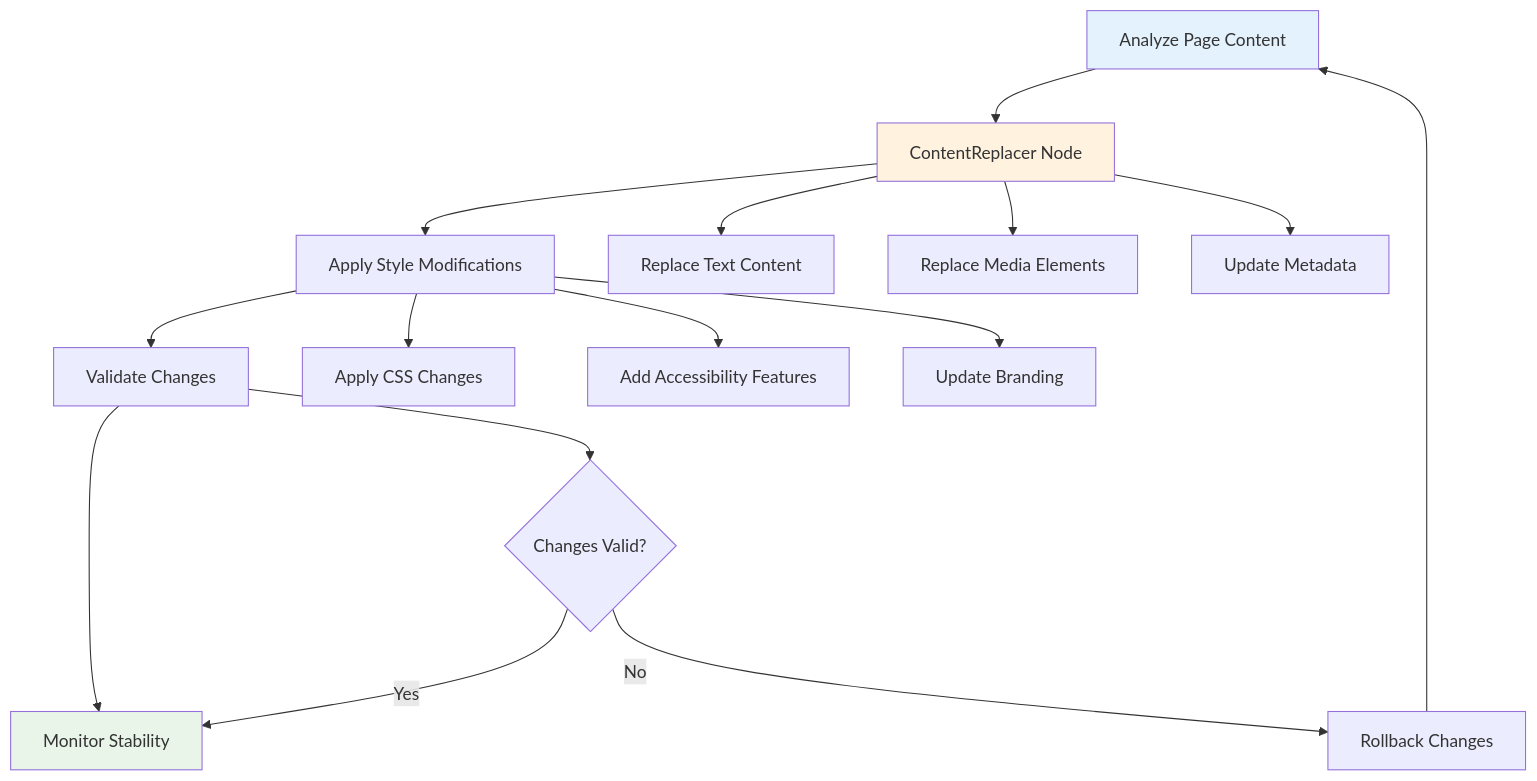
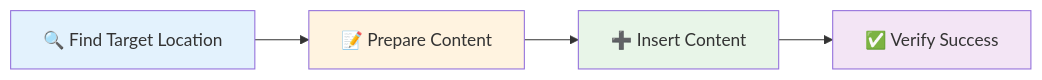
One commit to agentic-com/Agentic-Flow-Doc changed the second of 3 diagrams in src/content/docs/learning/workflow-patterns/content-manipulation-patterns.md. Above: the diagram before and after it, drawn with Mermaid. The commit also changed other lines of this file and 4 other files, not shown here.

````diff
--- a/src/content/docs/learning/workflow-patterns/content-manipulation-patterns.md
+++ b/src/content/docs/learning/workflow-patterns/content-manipulation-patterns.md
@@ -261,24 +67,11 @@
 ```mermaid
-graph TD
-    A[Analyze Page Content] --> B[ContentReplacer Node]
-    B --> C[Apply Style Modifications]
-    C --> D[Validate Changes]
-    D --> E[Monitor Stability]
-    
-    B --> B1[Replace Text Content]
-    B --> B2[Replace Media Elements]
-    B --> B3[Update Metadata]
-    
-    C --> C1[Apply CSS Changes]
-    C --> C2[Add Accessibility Features]
-    C --> C3[Update Branding]
-    
-    D --> F{Changes Valid?}
-    F -->|No| G[Rollback Changes]
-    F -->|Yes| E
-    G --> A
+graph LR
+    A[🔍 Find Target Location] --> B[📝 Prepare Content]
+    B --> C[➕ Insert Content]
+    C --> D[✅ Verify Success]
     
     style A fill:#e3f2fd
     style B fill:#fff3e0
-    style E fill:#e8f5e8
+    style C fill:#e8f5e8
+    style D fill:#f3e5f5
 ```
````
